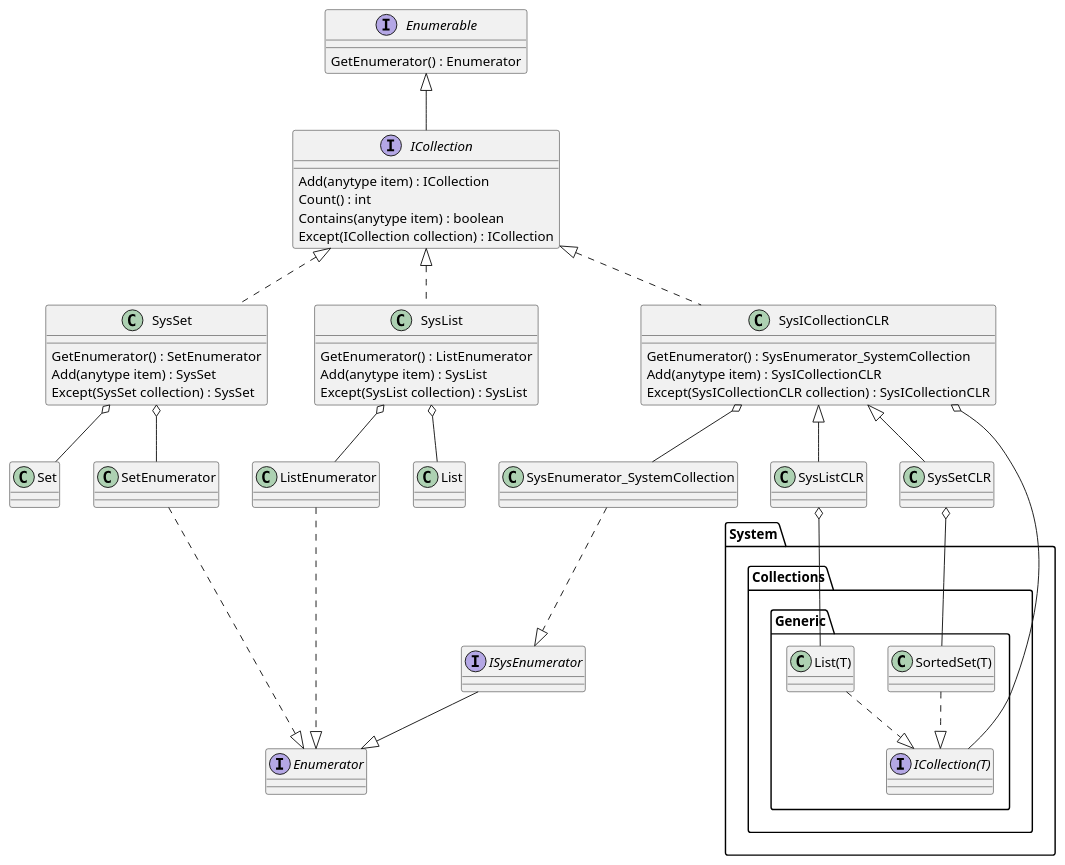
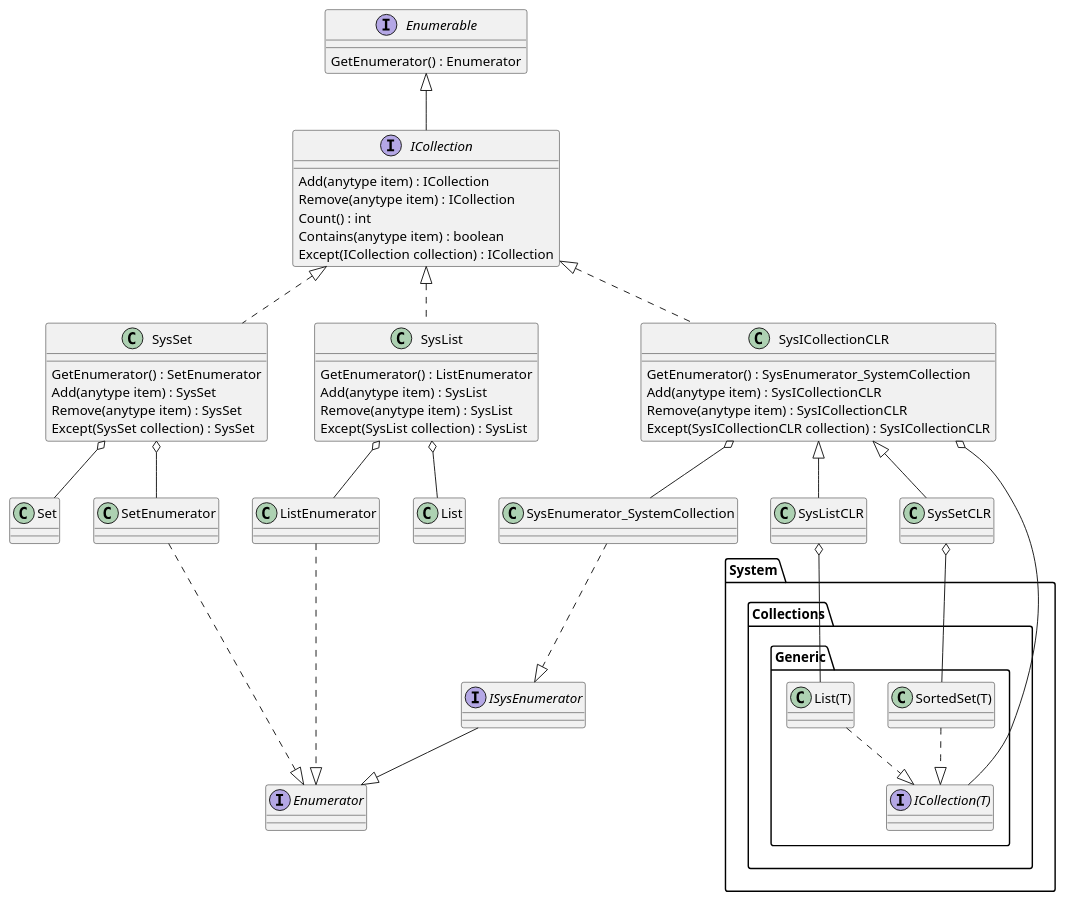
One commit to d-tolstov/Ax2009-ICollection changed the diagram in schema.puml. Above: the diagram before and after it, drawn with PlantUML. The commit also changed 1 other file, not shown here.

Commit message:
Add Remove to schema

```diff
--- a/schema.puml
+++ b/schema.puml
@@ -1,84 +1,88 @@
 @startuml "ICollection"
 
 interface Enumerable{
     GetEnumerator() : Enumerator
 }
 
 interface ICollection{
     Add(anytype item) : ICollection
+    Remove(anytype item) : ICollection
     Count() : int
     Contains(anytype item) : boolean
     Except(ICollection collection) : ICollection
 }
 Enumerable <|-- ICollection
 
 class SysSet{
     GetEnumerator() : SetEnumerator
     Add(anytype item) : SysSet
+    Remove(anytype item) : SysSet
     Except(SysSet collection) : SysSet
 }
 ICollection <|.. SysSet
 
 class Set{
 }
 SysSet o-- Set
 
 class SetEnumerator{
 }
 SysSet o-- SetEnumerator
 
 class SysList{
     GetEnumerator() : ListEnumerator
     Add(anytype item) : SysList
+    Remove(anytype item) : SysList
     Except(SysList collection) : SysList
 }
 ICollection <|.. SysList
 
 class ListEnumerator{
 }
 SysList o-- ListEnumerator
 
 class List{
 }
 SysList o-- List
 
 interface Enumerator{
 }
 SetEnumerator ..|> Enumerator
 ListEnumerator ..|> Enumerator
 
 class SysICollectionCLR{
     GetEnumerator() : SysEnumerator_SystemCollection
     Add(anytype item) : SysICollectionCLR
+    Remove(anytype item) : SysICollectionCLR
     Except(SysICollectionCLR collection) : SysICollectionCLR
 }
 ICollection <|.. SysICollectionCLR
 
 class SysListCLR{
 }
 SysICollectionCLR <|-- SysListCLR
 
 class SysSetCLR{
 }
 SysICollectionCLR <|-- SysSetCLR
 
 class SysEnumerator_SystemCollection{
 }
 SysICollectionCLR o-- SysEnumerator_SystemCollection
 
 interface ISysEnumerator{
 }
 SysEnumerator_SystemCollection ..|> ISysEnumerator
 ISysEnumerator --|> Enumerator
 
 package System.Collections.Generic{
     interface ICollection(T){
     }
     SysICollectionCLR o-- "ICollection(T)"
     SysListCLR o-- "List(T)"
     "List(T)" ..|> "ICollection(T)"
     SysSetCLR o-- "SortedSet(T)"
     "SortedSet(T)" ..|> "ICollection(T)"
 }
 
 @enduml
```
